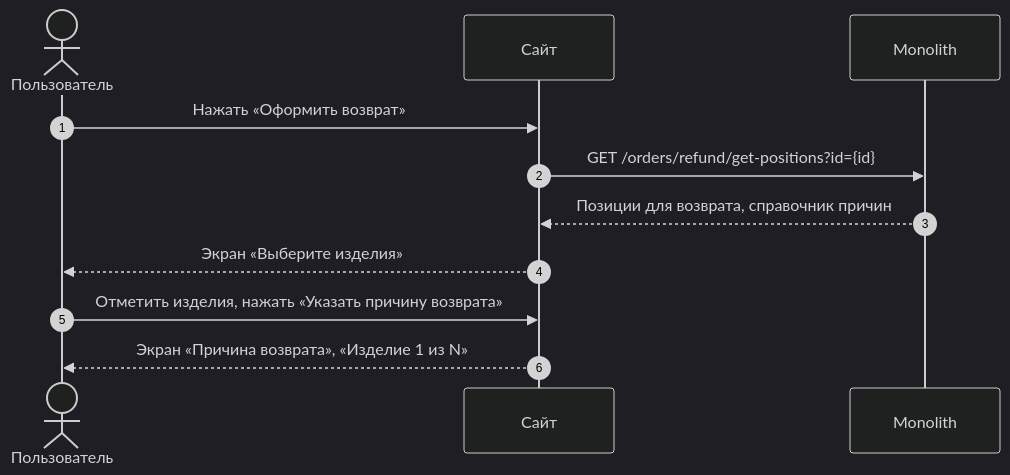
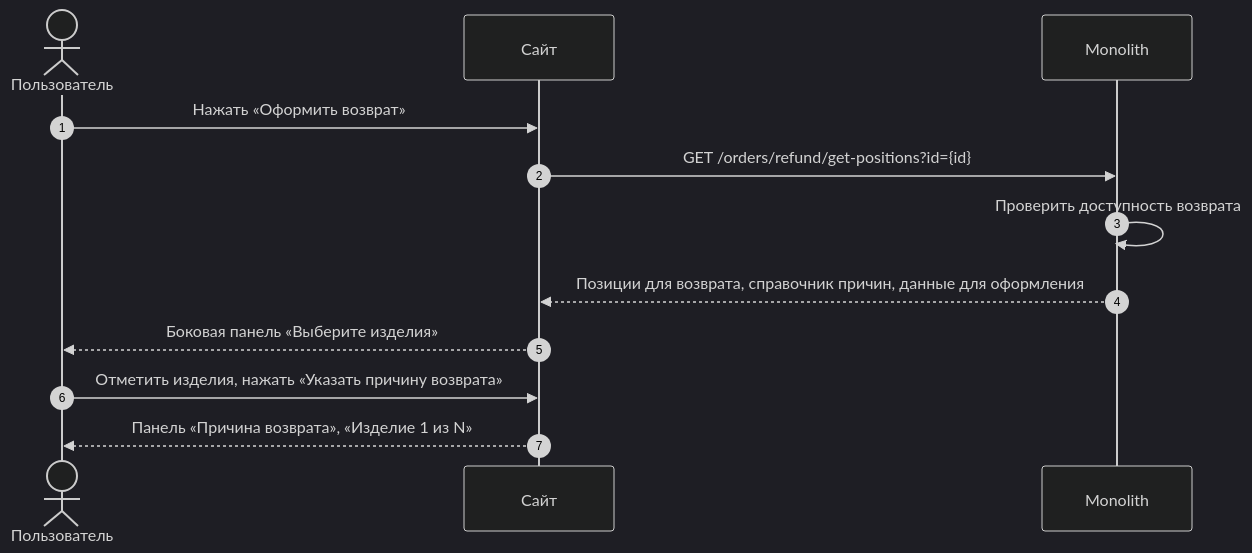
Before and after one commit to Terinss155/opencode-agents-analysis: the third of 21 diagrams in projects/returns-2.0/requirements/srs/srs-web-mvp.md, drawn with Mermaid (dark theme). The commit also changed other lines of this file and 135 other files, not shown here.

````diff
--- a/projects/returns-2.0/requirements/srs/srs-web-mvp.md
+++ b/projects/returns-2.0/requirements/srs/srs-web-mvp.md
@@ -122,15 +171,15 @@
 ```mermaid
 sequenceDiagram
     autonumber
-
     actor U as Пользователь
     participant WEB as Сайт
     participant MON as Monolith
 
     U->>WEB: Нажать «Оформить возврат»
     WEB->>MON: GET /orders/refund/get-positions?id={id}
-    MON-->>WEB: Позиции для возврата, справочник причин
-    WEB-->>U: Экран «Выберите изделия»
+    MON->>MON: Проверить доступность возврата
+    MON-->>WEB: Позиции для возврата, справочник причин, данные для оформления
+    WEB-->>U: Боковая панель «Выберите изделия»
     U->>WEB: Отметить изделия, нажать «Указать причину возврата»
-    WEB-->>U: Экран «Причина возврата», «Изделие 1 из N»
+    WEB-->>U: Панель «Причина возврата», «Изделие 1 из N»
 ```
````
